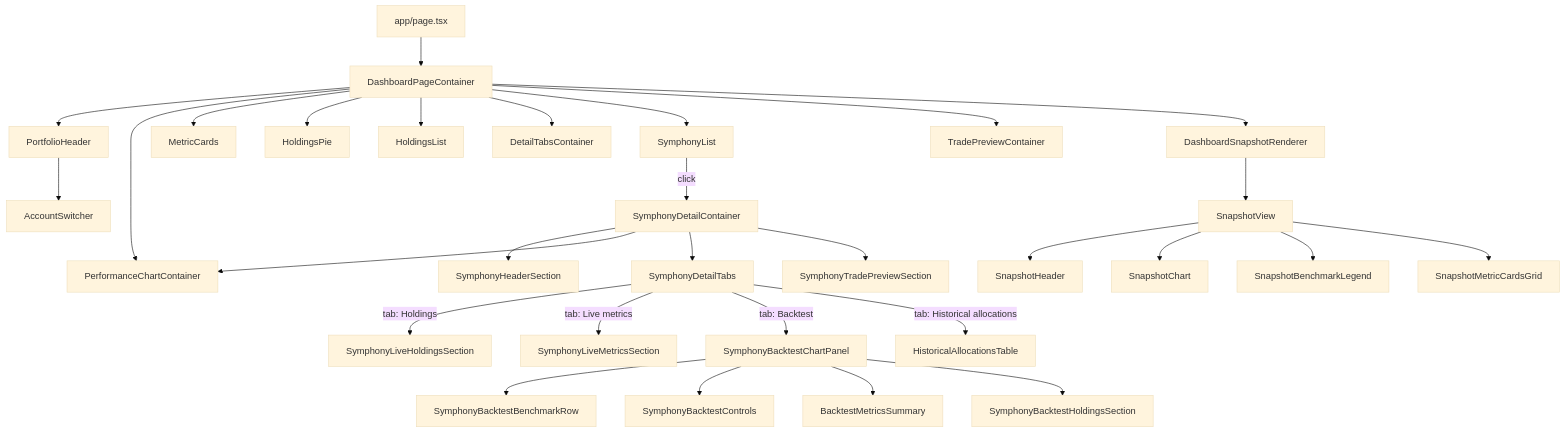
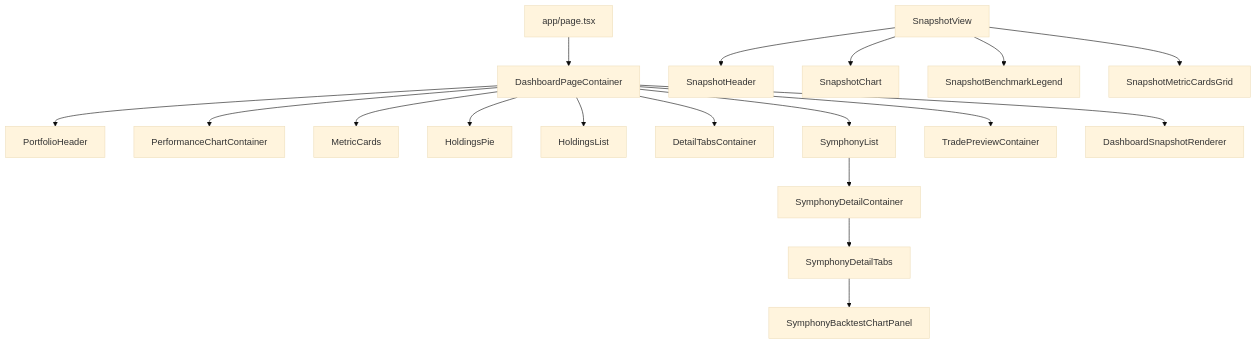
One commit to Latro37/portfolio_dashboard changed the second of 2 diagrams in docs/ARCHITECTURE.md. Above: the diagram before and after it, drawn with Mermaid (base theme). The commit also changed other lines of this file and 14 other files, not shown here.

````diff
--- a/docs/ARCHITECTURE.md
+++ b/docs/ARCHITECTURE.md
@@ -387,37 +165,23 @@
 ```mermaid
 graph TD
     Page["app/page.tsx"] --> DashboardPageContainer
 
     DashboardPageContainer --> PortfolioHeader
     DashboardPageContainer --> PerformanceChartContainer
     DashboardPageContainer --> MetricCards
     DashboardPageContainer --> HoldingsPie
     DashboardPageContainer --> HoldingsList
     DashboardPageContainer --> DetailTabsContainer
     DashboardPageContainer --> SymphonyList
     DashboardPageContainer --> TradePreviewContainer
     DashboardPageContainer --> DashboardSnapshotRenderer
 
-    PortfolioHeader --> AccountSwitcher
-    DashboardSnapshotRenderer --> SnapshotView
+    SymphonyList --> SymphonyDetailContainer
+    SymphonyDetailContainer --> SymphonyDetailTabs
+    SymphonyDetailTabs --> SymphonyBacktestChartPanel
+
     SnapshotView --> SnapshotHeader
     SnapshotView --> SnapshotChart
     SnapshotView --> SnapshotBenchmarkLegend
     SnapshotView --> SnapshotMetricCardsGrid
-
-    SymphonyList -->|click| SymphonyDetailContainer
-    SymphonyDetailContainer --> SymphonyHeaderSection
-    SymphonyDetailContainer --> PerformanceChartContainer
-    SymphonyDetailContainer --> SymphonyDetailTabs
-    SymphonyDetailContainer --> SymphonyTradePreviewSection
-
-    SymphonyDetailTabs -->|tab: Holdings| SymphonyLiveHoldingsSection
-    SymphonyDetailTabs -->|tab: Live metrics| SymphonyLiveMetricsSection
-    SymphonyDetailTabs -->|tab: Backtest| SymphonyBacktestChartPanel
-    SymphonyDetailTabs -->|tab: Historical allocations| HistoricalAllocationsTable
-
-    SymphonyBacktestChartPanel --> SymphonyBacktestBenchmarkRow
-    SymphonyBacktestChartPanel --> SymphonyBacktestControls
-    SymphonyBacktestChartPanel --> BacktestMetricsSummary
-    SymphonyBacktestChartPanel --> SymphonyBacktestHoldingsSection
 ```
````
